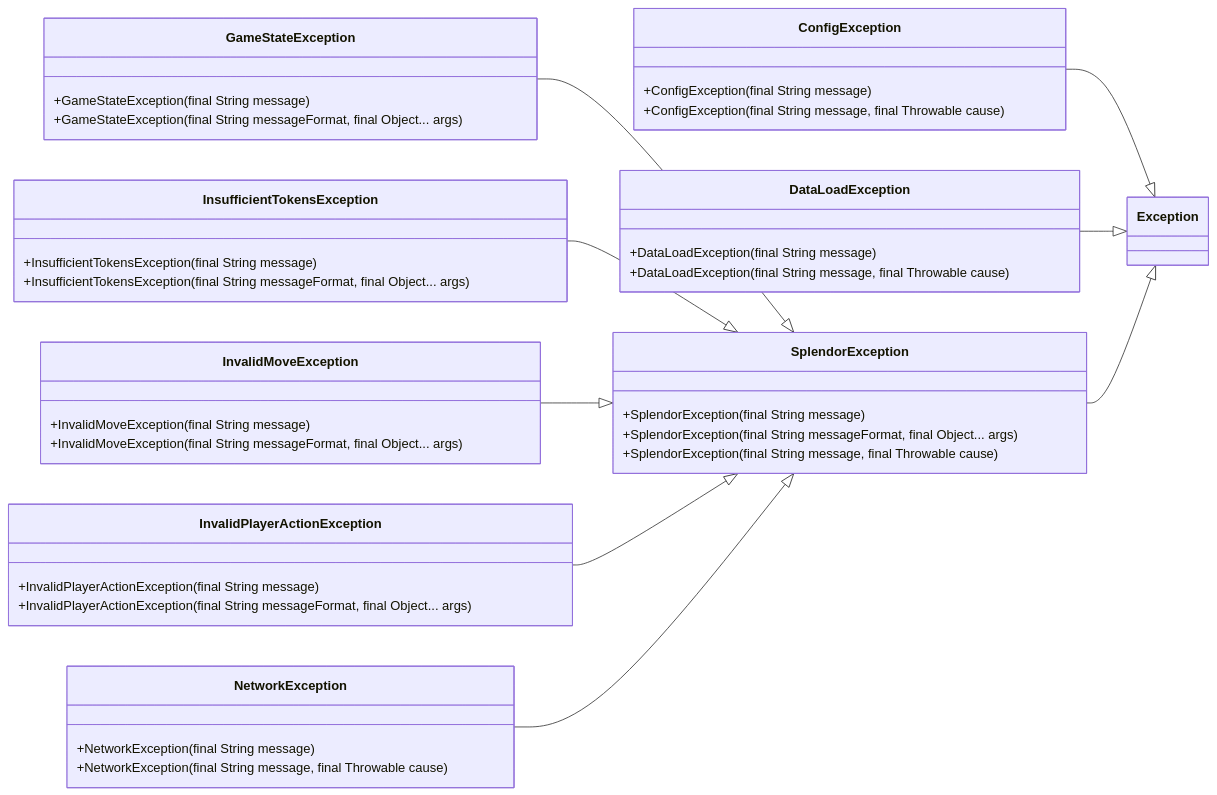
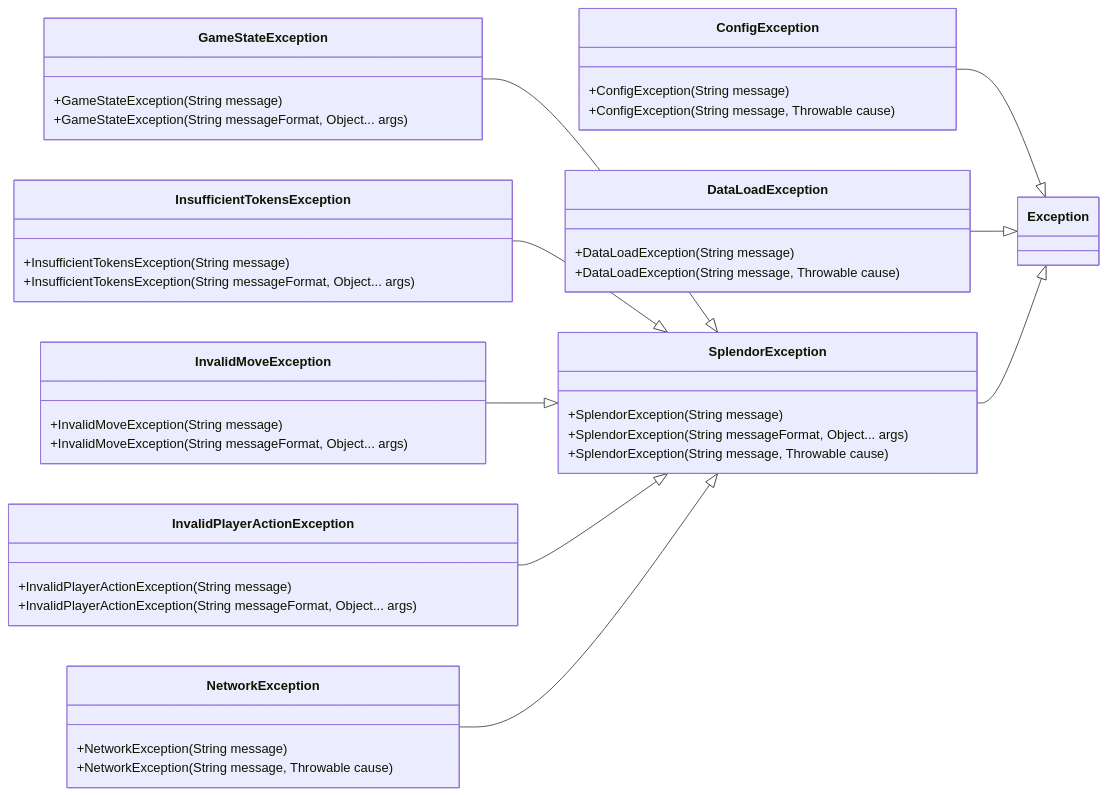
One commit to bryanseah234/playsplendor changed the diagram in docs/diagrams/mermaid/src/exception_hierarchy.mmd. Above: the diagram before and after it, drawn with Mermaid. The commit also changed 18 other files, not shown here.

```diff
--- a/docs/diagrams/mermaid/src/exception_hierarchy.mmd
+++ b/docs/diagrams/mermaid/src/exception_hierarchy.mmd
@@ -1,51 +1,51 @@
 classDiagram
     direction LR
     class ConfigException {
-        +ConfigException(final String message)
-        +ConfigException(final String message, final Throwable cause)
+        +ConfigException(String message)
+        +ConfigException(String message, Throwable cause)
     }
 
     ConfigException --|> Exception
     class DataLoadException {
-        +DataLoadException(final String message)
-        +DataLoadException(final String message, final Throwable cause)
+        +DataLoadException(String message)
+        +DataLoadException(String message, Throwable cause)
     }
 
     DataLoadException --|> Exception
     class GameStateException {
-        +GameStateException(final String message)
-        +GameStateException(final String messageFormat, final Object... args)
+        +GameStateException(String message)
+        +GameStateException(String messageFormat, Object... args)
     }
 
     GameStateException --|> SplendorException
     class InsufficientTokensException {
-        +InsufficientTokensException(final String message)
-        +InsufficientTokensException(final String messageFormat, final Object... args)
+        +InsufficientTokensException(String message)
+        +InsufficientTokensException(String messageFormat, Object... args)
     }
 
     InsufficientTokensException --|> SplendorException
     class InvalidMoveException {
-        +InvalidMoveException(final String message)
-        +InvalidMoveException(final String messageFormat, final Object... args)
+        +InvalidMoveException(String message)
+        +InvalidMoveException(String messageFormat, Object... args)
     }
 
     InvalidMoveException --|> SplendorException
     class InvalidPlayerActionException {
-        +InvalidPlayerActionException(final String message)
-        +InvalidPlayerActionException(final String messageFormat, final Object... args)
+        +InvalidPlayerActionException(String message)
+        +InvalidPlayerActionException(String messageFormat, Object... args)
     }
 
     InvalidPlayerActionException --|> SplendorException
     class NetworkException {
-        +NetworkException(final String message)
-        +NetworkException(final String message, final Throwable cause)
+        +NetworkException(String message)
+        +NetworkException(String message, Throwable cause)
     }
 
     NetworkException --|> SplendorException
     class SplendorException {
-        +SplendorException(final String message)
-        +SplendorException(final String messageFormat, final Object... args)
-        +SplendorException(final String message, final Throwable cause)
+        +SplendorException(String message)
+        +SplendorException(String messageFormat, Object... args)
+        +SplendorException(String message, Throwable cause)
     }
 
     SplendorException --|> Exception
```
